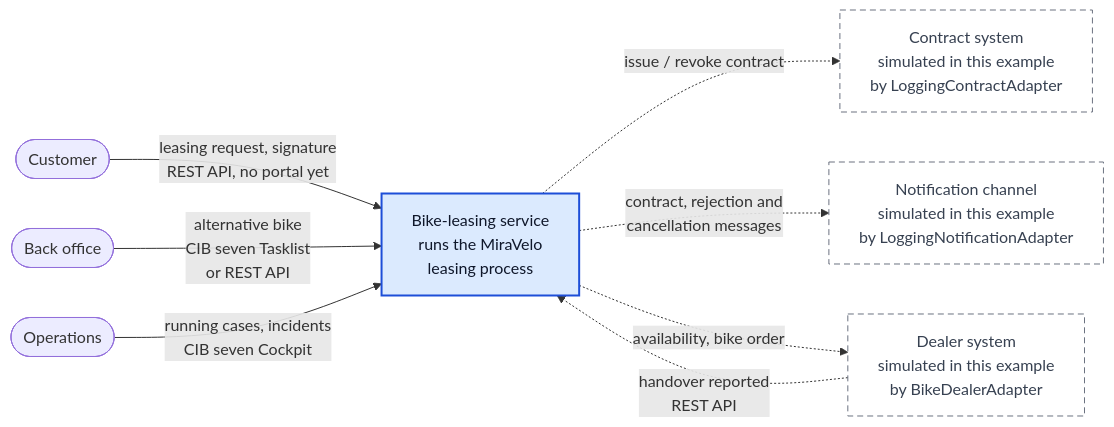
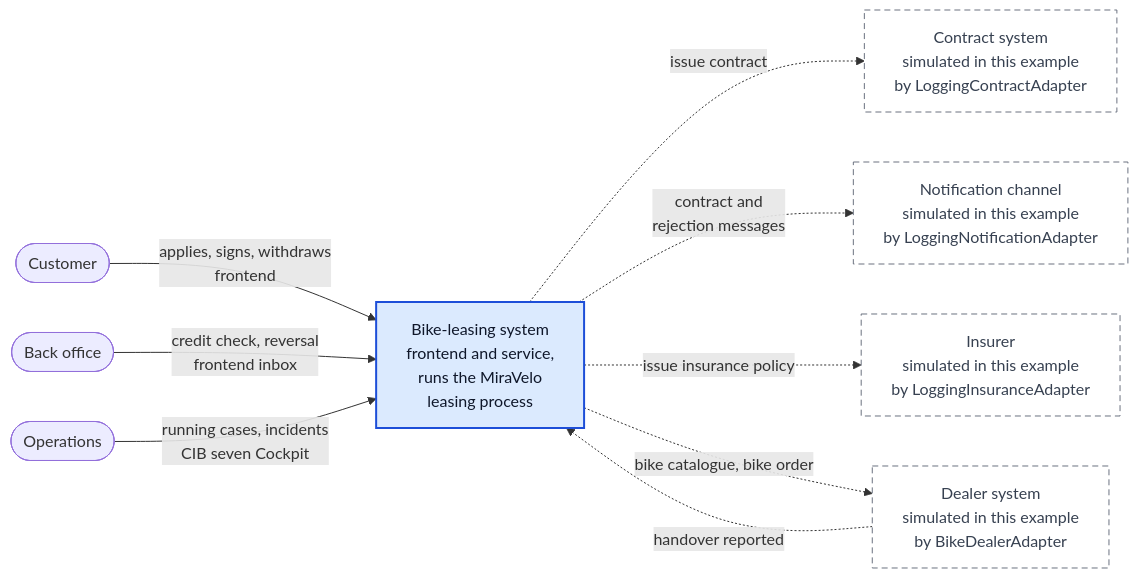
Before and after one commit to Miragon/miragon-ai-example: the diagram in docs/architecture/c4-system-context.md, drawn with Mermaid. The commit also changed other lines of this file and 453 other files, not shown here.

Commit message:
feat!: rebuild the example on the simplified process with a frontend (#22)

````diff
--- a/docs/architecture/c4-system-context.md
+++ b/docs/architecture/c4-system-context.md
@@ -9,26 +9,28 @@
 ```mermaid
 %%{init: {"flowchart": {"wrappingWidth": 280, "rankSpacing": 90}}}%%
 flowchart LR
   customer(["Customer"])
   backOffice(["Back office"])
   operations(["Operations"])
 
-  service["Bike-leasing service<br/>runs the MiraVelo<br/>leasing process"]
+  system["Bike-leasing system<br/>frontend and service,<br/>runs the MiraVelo<br/>leasing process"]
 
   contract["Contract system<br/>simulated in this example<br/>by LoggingContractAdapter"]
   notification["Notification channel<br/>simulated in this example<br/>by LoggingNotificationAdapter"]
+  insurer["Insurer<br/>simulated in this example<br/>by LoggingInsuranceAdapter"]
   dealer["Dealer system<br/>simulated in this example<br/>by BikeDealerAdapter"]
 
-  customer -->|"leasing request, signature<br/>REST API, no portal yet"| service
-  backOffice -->|"alternative bike<br/>CIB seven Tasklist<br/>or REST API"| service
-  operations -->|"running cases, incidents<br/>CIB seven Cockpit"| service
-  service -.->|"issue / revoke contract"| contract
-  service -.->|"contract, rejection and<br/>cancellation messages"| notification
-  service -.->|"availability, bike order"| dealer
-  dealer -.->|"handover reported<br/>REST API"| service
+  customer -->|"applies, signs, withdraws<br/>frontend"| system
+  backOffice -->|"credit check, reversal<br/>frontend inbox"| system
+  operations -->|"running cases, incidents<br/>CIB seven Cockpit"| system
+  system -.->|"issue contract"| contract
+  system -.->|"contract and<br/>rejection messages"| notification
+  system -.->|"issue insurance policy"| insurer
+  system -.->|"bike catalogue, bike order"| dealer
+  dealer -.->|"handover reported"| system
 
   classDef focus fill:#dbeafe,stroke:#1d4ed8,stroke-width:2px,color:#0f172a
   classDef simulated fill:#ffffff,stroke:#6b7280,stroke-dasharray:6 4,color:#374151
-  class service focus
-  class contract,notification,dealer simulated
+  class system focus
+  class contract,notification,insurer,dealer simulated
 ```
````
